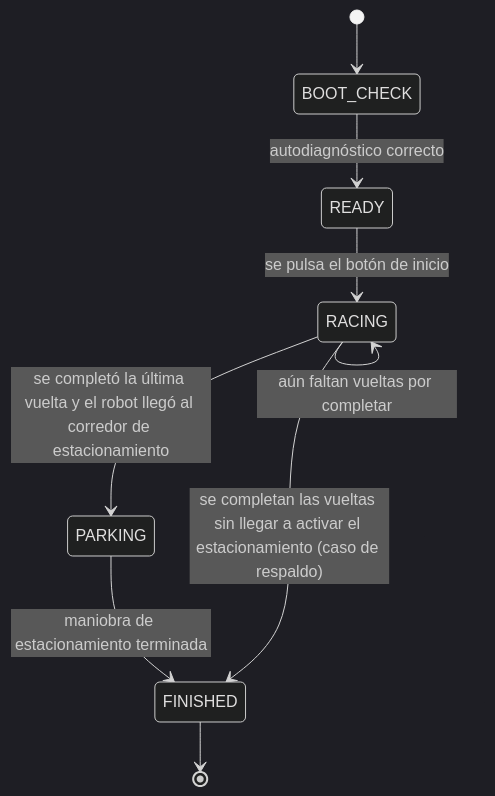
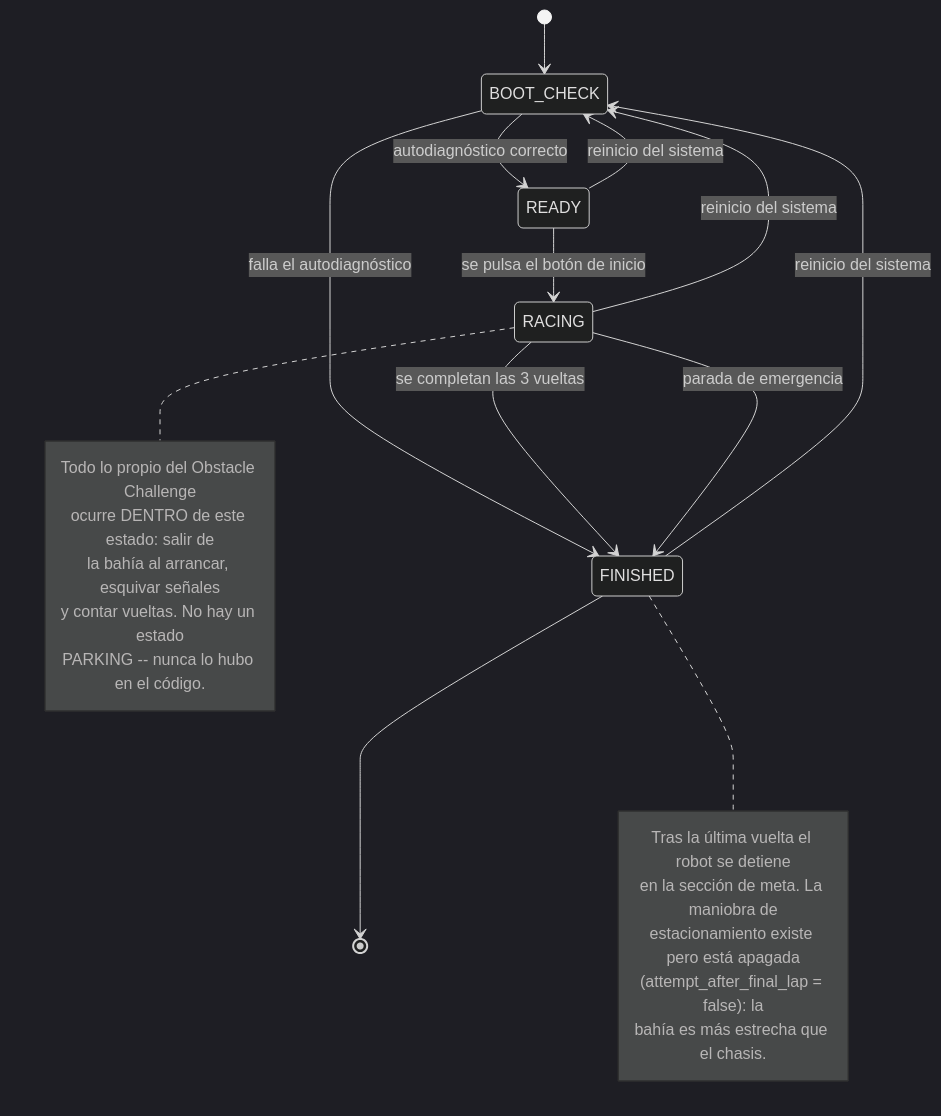
The diagram in schemes/flowcharts/obstacles/mermaid/maquina-estados.mmd (teamvoltimor/vtitan), drawn with Mermaid (dark theme) before and after one commit. The commit also changed 18 other files, not shown here.

First line of the commit message:
docs(nav): the flowcharts taught the pass-side rule backwards, and drew a state that never existed

```diff
--- a/schemes/flowcharts/obstacles/mermaid/maquina-estados.mmd
+++ b/schemes/flowcharts/obstacles/mermaid/maquina-estados.mmd
@@ -1,14 +1,58 @@
 %% Referencias de código (no se renderizan en el PNG, solo para mantenimiento futuro)
-%% Fuente: src/python/src/state_machine/core.py, types.py (máquina compartida con Open Challenge)
-%% PARKING / ParkController: src/python/src/navigation/maneuvers/parking/
-%% Activación del estacionamiento: core_navigator.py (_should_engage_parking)
+%% Fuente: src/python/src/state_machine/core.py (_VALID_TRANSITIONS), types.py
+%% Máquina de alto nivel COMPARTIDA con el Open Challenge -- es literalmente la
+%% misma, no una variante. Ver open/mermaid/maquina-estados.mmd.
+%% -
+%% CORREGIDO 2026-09-10. La versión anterior dibujaba un estado PARKING y dos
+%% transiciones RACING --> PARKING --> FINISHED. Ese estado NO EXISTE: el enum
+%% RobotState tiene exactamente 4 valores (BOOT_CHECK, READY, RACING, FINISHED)
+%% y _VALID_TRANSITIONS no contiene ninguna arista hacia PARKING. El
+%% estacionamiento nunca fue un estado de esta máquina, sino una fase interna
+%% del navegador dentro de RACING.
+%% -
+%% Y además, hoy esa fase NO EMBARCA: src/config/navigation/parking/parking.toml
+%% fija attempt_after_final_lap = false. Tras la última vuelta el robot se
+%% detiene en la sección de meta en vez de perseguir la bahía. La razón es
+%% medida, no una omisión: la bahía es geométricamente inalcanzable (chasis
+%% 0.194 m contra hueco 0.20 m) y perseguirla costaba mucho más de lo que podía
+%% pagar -- corpus de 256, ciego, OFF vs ON: en tiempo 158 vs 62, colisiones
+%% 4 vs 51, timeouts 61 vs 110, con laps>=3 idéntico en 159.
+%% -
+%% Lo que sí es exclusivo del Obstacle Challenge ocurre en el OTRO extremo de la
+%% carrera: el arranque DENTRO de la bahía (assume_bay_start = true en
+%% src/config/navigation/blind_nav/corridor_follower.toml). Eso tampoco es un
+%% estado: es una maniobra previa dentro de RACING, dibujada en
+%% obstacles/mermaid/flujo-parte1-conduccion.mmd.
 
 stateDiagram-v2
     [*] --> BOOT_CHECK
+
     BOOT_CHECK --> READY: autodiagnóstico correcto
+    BOOT_CHECK --> FINISHED: falla el autodiagnóstico
+
     READY --> RACING: se pulsa el botón de inicio
-    RACING --> RACING: aún faltan vueltas por completar
-    RACING --> PARKING: se completó la última vuelta y el robot llegó al corredor de estacionamiento
-    PARKING --> FINISHED: maniobra de estacionamiento terminada
-    RACING --> FINISHED: se completan las vueltas sin llegar a activar el estacionamiento (caso de respaldo)
+    READY --> BOOT_CHECK: reinicio del sistema
+
+    RACING --> FINISHED: se completan las 3 vueltas
+    RACING --> FINISHED: parada de emergencia
+    RACING --> BOOT_CHECK: reinicio del sistema
+
+    FINISHED --> BOOT_CHECK: reinicio del sistema
+
     FINISHED --> [*]
+
+    note right of RACING
+        Todo lo propio del Obstacle Challenge
+        ocurre DENTRO de este estado: salir de
+        la bahía al arrancar, esquivar señales
+        y contar vueltas. No hay un estado
+        PARKING -- nunca lo hubo en el código.
+    end note
+
+    note right of FINISHED
+        Tras la última vuelta el robot se detiene
+        en la sección de meta. La maniobra de
+        estacionamiento existe pero está apagada
+        (attempt_after_final_lap = false): la
+        bahía es más estrecha que el chasis.
+    end note
```
